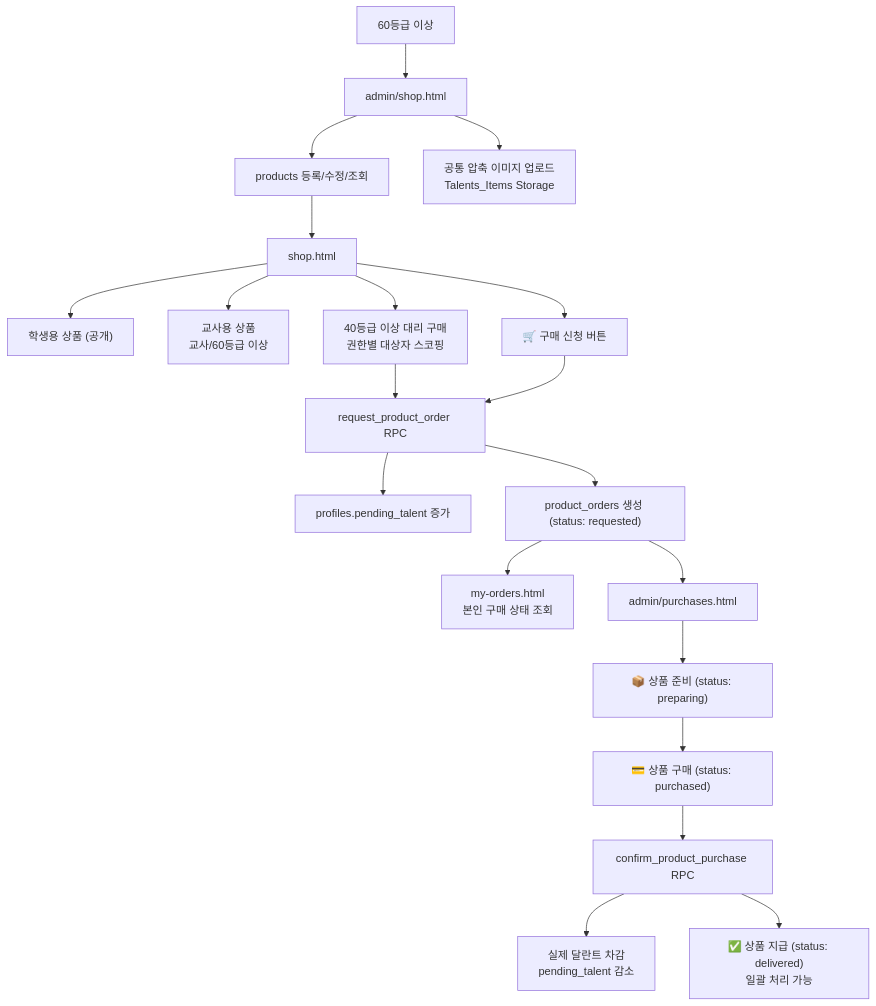
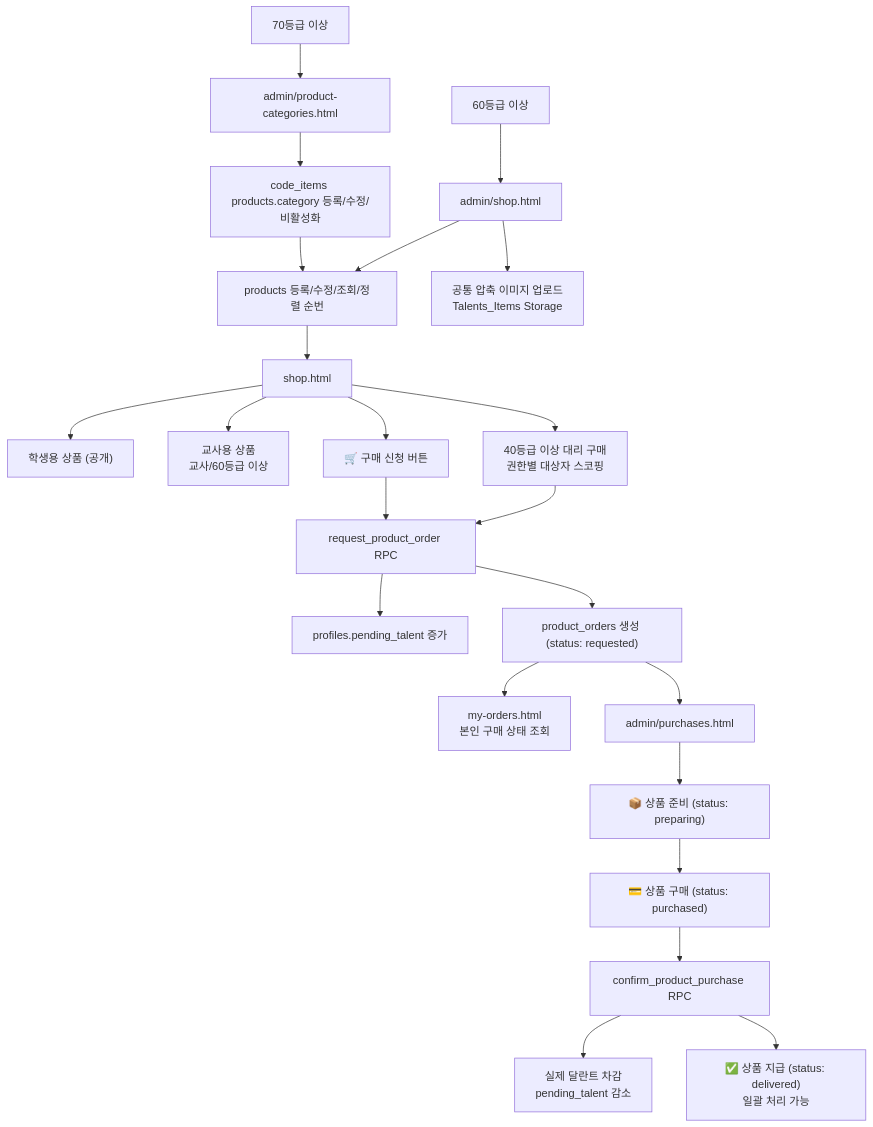
Before and after one commit to CHO-Talents-Test/CHO-Talents-Test: diagram 12 of 16 in docs/PROJECT_ARCHITECTURE_FLOW.md, drawn with Mermaid. The commit also changed other lines of this file and 34 other files, not shown here.

````diff
--- a/docs/PROJECT_ARCHITECTURE_FLOW.md
+++ b/docs/PROJECT_ARCHITECTURE_FLOW.md
@@ -513,24 +515,27 @@
 ```mermaid
 flowchart TD
   Manager["60등급 이상"] --> ManageShop["admin/shop.html"]
-  ManageShop --> ProductCRUD["products 등록/수정/조회"]
+  CategoryManager["70등급 이상"] --> ManageCategories["admin/product-categories.html"]
+  ManageCategories --> CategoryCRUD["code_items products.category 등록/수정/비활성화"]
+  ManageShop --> ProductCRUD["products 등록/수정/조회/정렬 순번"]
+  CategoryCRUD --> ProductCRUD
   ManageShop --> Upload["공통 압축 이미지 업로드<br/>Talents_Items Storage"]
   ProductCRUD --> PublicShop["shop.html"]
   PublicShop --> Student["학생용 상품 (공개)"]
   PublicShop --> Teacher["교사용 상품<br/>교사/60등급 이상"]
 
   PublicShop --> OrderBtn["🛒 구매 신청 버튼"]
   PublicShop --> ProxyBtn["40등급 이상 대리 구매<br/>권한별 대상자 스코핑"]
   ProxyBtn --> OrderRPC
   OrderBtn --> OrderRPC["request_product_order RPC"]
   OrderRPC --> PendingTalent["profiles.pending_talent 증가"]
   OrderRPC --> OrderRecord["product_orders 생성 (status: requested)"]
   OrderRecord --> MyOrders["my-orders.html<br/>본인 구매 상태 조회"]
 
   OrderRecord --> PurchasePage["admin/purchases.html"]
   PurchasePage --> Preparing["📦 상품 준비 (status: preparing)"]
   Preparing --> Purchased["💳 상품 구매 (status: purchased)"]
   Purchased --> ConfirmRPC["confirm_product_purchase RPC"]
   ConfirmRPC --> Deduct["실제 달란트 차감<br/>pending_talent 감소"]
   ConfirmRPC --> Delivered["✅ 상품 지급 (status: delivered)<br/>일괄 처리 가능"]
 ```
````
